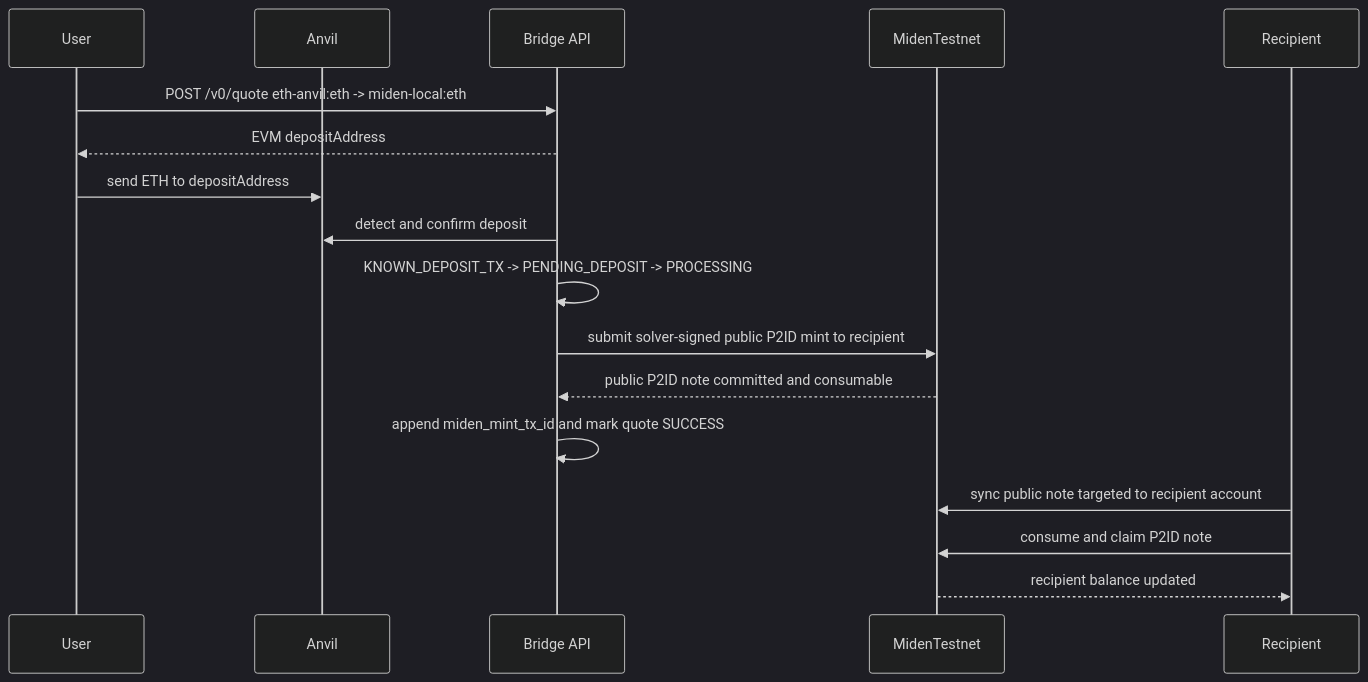
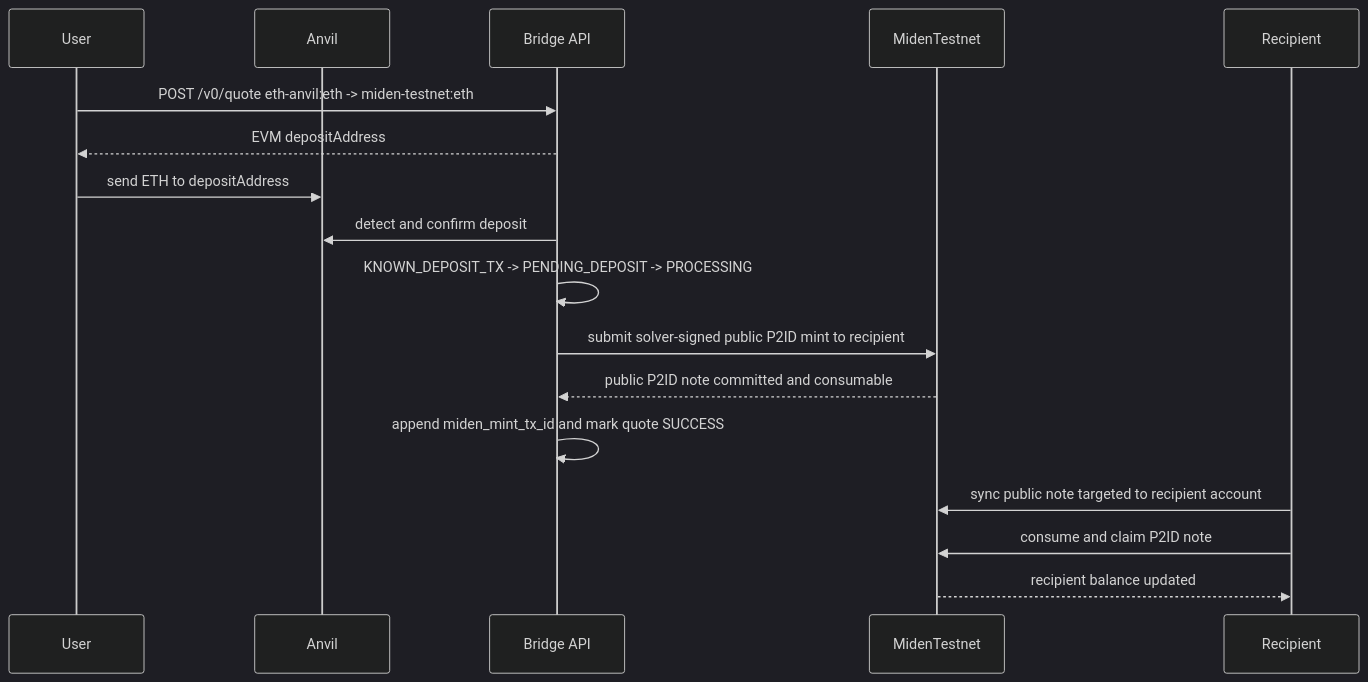
The first of 5 diagrams in docs/E2E_HANDOFF.md (BrianSeong99/miden-testnet-bridge), drawn with Mermaid (dark theme) before and after one commit. The commit also changed other lines of this file and 36 other files, not shown here.

````diff
--- a/docs/E2E_HANDOFF.md
+++ b/docs/E2E_HANDOFF.md
@@ -60,20 +111,20 @@
 ```mermaid
 sequenceDiagram
     participant User
     participant Anvil
     participant BridgeAPI as Bridge API
     participant MidenTestnet
     participant Recipient
 
-    User->>BridgeAPI: POST /v0/quote eth-anvil:eth -> miden-local:eth
+    User->>BridgeAPI: POST /v0/quote eth-anvil:eth -> miden-testnet:eth
     BridgeAPI-->>User: EVM depositAddress
     User->>Anvil: send ETH to depositAddress
     BridgeAPI->>Anvil: detect and confirm deposit
     BridgeAPI->>BridgeAPI: KNOWN_DEPOSIT_TX -> PENDING_DEPOSIT -> PROCESSING
     BridgeAPI->>MidenTestnet: submit solver-signed public P2ID mint to recipient
     MidenTestnet-->>BridgeAPI: public P2ID note committed and consumable
     BridgeAPI->>BridgeAPI: append miden_mint_tx_id and mark quote SUCCESS
     Recipient->>MidenTestnet: sync public note targeted to recipient account
     Recipient->>MidenTestnet: consume and claim P2ID note
     MidenTestnet-->>Recipient: recipient balance updated
 ```
````
